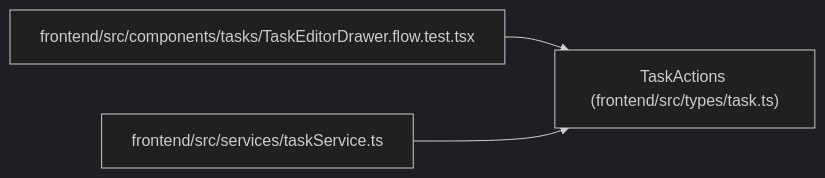
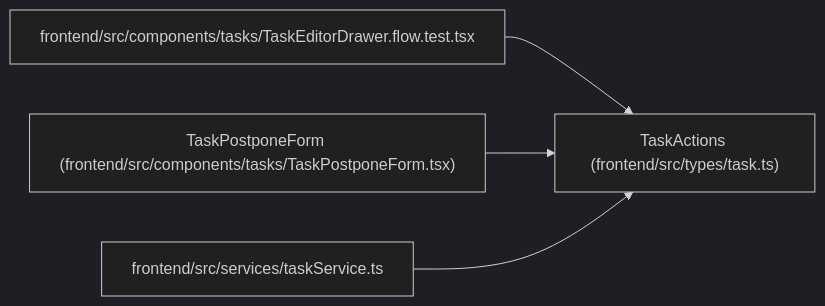
Before and after one commit to Denissvgn/WorkChord: the diagram in docs/llm_wiki/entities/TaskActions.md, drawn with Mermaid (dark theme). The commit also changed other lines of this file and 617 other files, not shown here.

Commit message:
Sync the architectural wiki for postponing from the task page

````diff
--- a/docs/llm_wiki/entities/TaskActions.md
+++ b/docs/llm_wiki/entities/TaskActions.md
@@ -30,11 +30,14 @@
 ```mermaid
 flowchart LR
     n0["TaskActions (frontend/src/types/task.ts)"]
     n1["frontend/src/components/tasks/TaskEditorDrawer.flow.test.tsx"]
-    n2["frontend/src/services/taskService.ts"]
+    n2["TaskPostponeForm (frontend/src/components/tasks/TaskPostponeForm.tsx)"]
+    n3["frontend/src/services/taskService.ts"]
     n1 --> n0
     n2 --> n0
+    n3 --> n0
     click n0 "../modules/types_task.md"
     click n1 "../modules/TaskEditorDrawer.flow.test.md"
-    click n2 "../modules/taskService.md"
+    click n2 "../modules/TaskPostponeForm.md"
+    click n3 "../modules/taskService.md"
 ```
````
